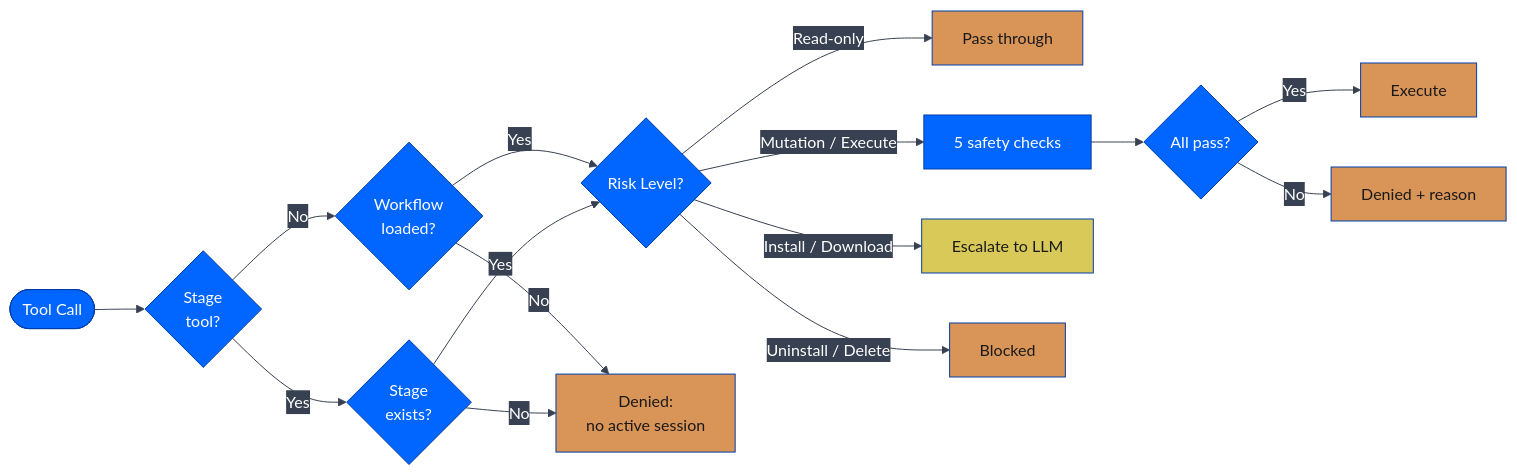
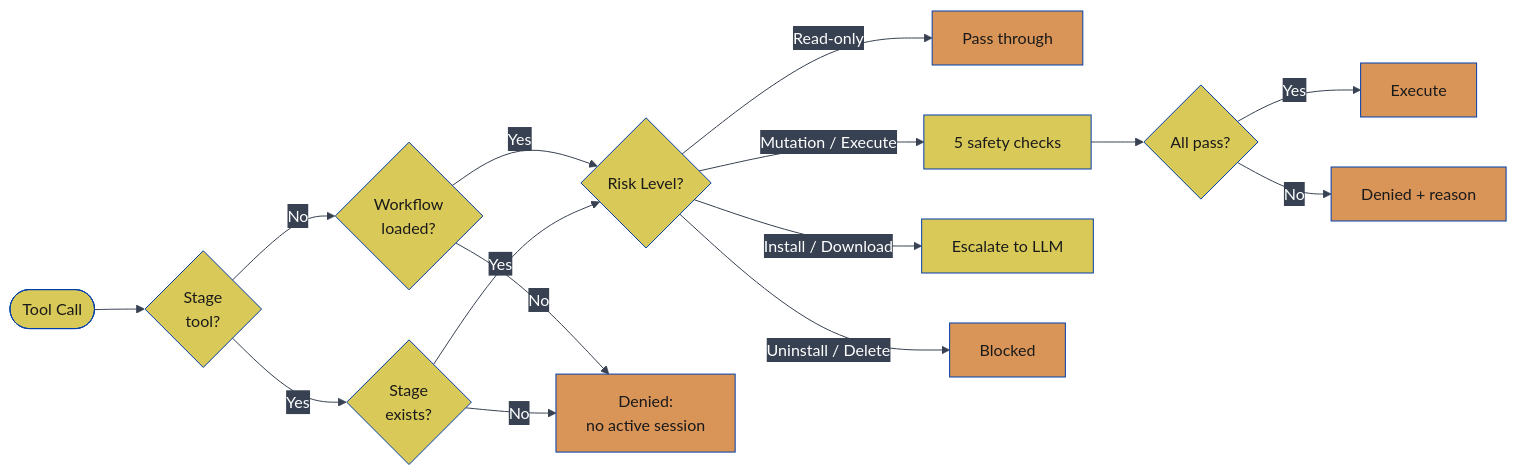
Before and after one commit to JosephOIbrahim/Comfy-Cozy: diagram 19 of 27 in README.md, drawn with Mermaid. The commit also changed other lines of this file, not shown here.

First line of the commit message:
[DOCS] Normalize mermaid palette: force two-tone orange/yellow with black text

````diff
--- a/README.md
+++ b/README.md
@@ -851,26 +922,33 @@
 ```mermaid
 %%{init: {'theme':'base','themeVariables': {'primaryColor':'#0066FF','primaryTextColor':'#ffffff','primaryBorderColor':'#003eaa','lineColor':'#374151','secondaryColor':'#374151','tertiaryColor':'#1f2937','fontFamily':'monospace'}}}%%
 flowchart LR
     Tool([Tool Call]) --> Type{"Stage\ntool?"}
     Type -->|No| WF{"Workflow\nloaded?"}
     Type -->|Yes| ST{"Stage\nexists?"}
     WF -->|Yes| Risk{Risk Level?}
     WF -->|No| Deny["Denied:\nno active session"]
     ST -->|Yes| Risk
     ST -->|No| Deny
     Risk -->|"Read-only"| Pass[Pass through]
     Risk -->|"Mutation / Execute"| Checks[5 safety checks]
     Risk -->|"Install / Download"| Escalate[Escalate to LLM]
     Risk -->|"Uninstall / Delete"| Block[Blocked]
 
     Checks --> OK{All pass?}
     OK -->|Yes| Go[Execute]
     OK -->|No| Stop[Denied + reason]
 
     style Pass fill:#d99458,color:#1a1a1a
     style Go fill:#d99458,color:#1a1a1a
     style Stop fill:#d99458,color:#1a1a1a
     style Block fill:#d99458,color:#1a1a1a
     style Deny fill:#d99458,color:#1a1a1a
     style Escalate fill:#d9c958,color:#1a1a1a
+    style Tool fill:#d9c958,color:#1a1a1a
+    style Type fill:#d9c958,color:#1a1a1a
+    style WF fill:#d9c958,color:#1a1a1a
+    style ST fill:#d9c958,color:#1a1a1a
+    style Risk fill:#d9c958,color:#1a1a1a
+    style Checks fill:#d9c958,color:#1a1a1a
+    style OK fill:#d9c958,color:#1a1a1a
 ```
````
